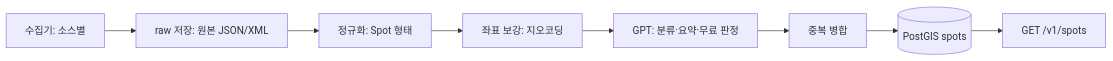
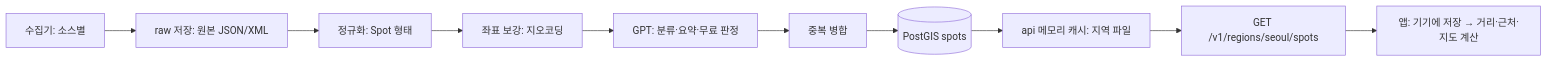
One commit to herezi/herezi-api changed the diagram in docs/product/DATA-PLAN.md. Above: the diagram before and after it, drawn with Mermaid. The commit also changed other lines of this file and 7 other files, not shown here.

````diff
--- a/docs/product/DATA-PLAN.md
+++ b/docs/product/DATA-PLAN.md
@@ -125,10 +125,12 @@
 ```mermaid
 flowchart LR
   A[수집기: 소스별] --> B[raw 저장: 원본 JSON/XML]
   B --> C[정규화: Spot 형태]
   C --> D[좌표 보강: 지오코딩]
   D --> E[GPT: 분류·요약·무료 판정]
   E --> F[중복 병합]
   F --> G[(PostGIS spots)]
-  G --> H[GET /v1/spots]
+  G --> H[api 메모리 캐시: 지역 파일]
+  H --> I[GET /v1/regions/seoul/spots]
+  I --> J[앱: 기기에 저장 → 거리·근처·지도 계산]
 ```
````
